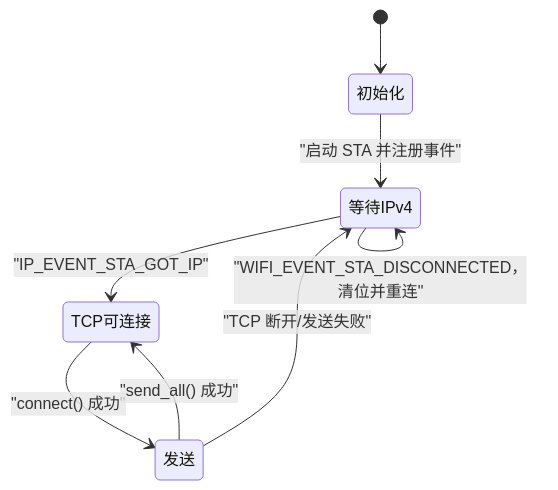
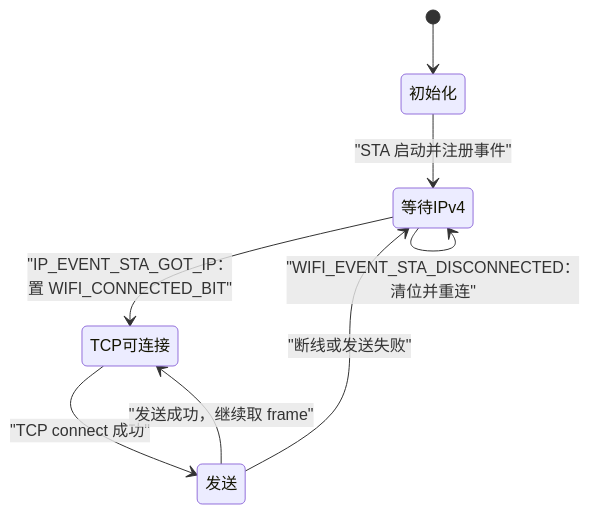
Before and after one commit to Zhaotianhao310/Obsidian-: the diagram in wiki/03-Middleware-Drivers/ESP32-S3-IMU/Wi-Fi TCP 状态流程.md, drawn with Mermaid. The commit also changed other lines of this file and 20 other files, not shown here.

```diff
--- a/wiki/03-Middleware-Drivers/ESP32-S3-IMU/Wi-Fi TCP 状态流程.md
+++ b/wiki/03-Middleware-Drivers/ESP32-S3-IMU/Wi-Fi TCP 状态流程.md
@@ -9,10 +21,10 @@
 ~~~mermaid
 stateDiagram-v2
     [*] --> 初始化
-    初始化 --> 等待IPv4: "启动 STA 并注册事件"
-    等待IPv4 --> TCP可连接: "IP_EVENT_STA_GOT_IP"
-    TCP可连接 --> 发送: "connect() 成功"
-    发送 --> TCP可连接: "send_all() 成功"
-    发送 --> 等待IPv4: "TCP 断开/发送失败"
-    等待IPv4 --> 等待IPv4: "WIFI_EVENT_STA_DISCONNECTED，清位并重连"
+    初始化 --> 等待IPv4: "STA 启动并注册事件"
+    等待IPv4 --> TCP可连接: "IP_EVENT_STA_GOT_IP：置 WIFI_CONNECTED_BIT"
+    TCP可连接 --> 发送: "TCP connect 成功"
+    发送 --> TCP可连接: "发送成功，继续取 frame"
+    发送 --> 等待IPv4: "断线或发送失败"
+    等待IPv4 --> 等待IPv4: "WIFI_EVENT_STA_DISCONNECTED：清位并重连"
 ~~~
```
